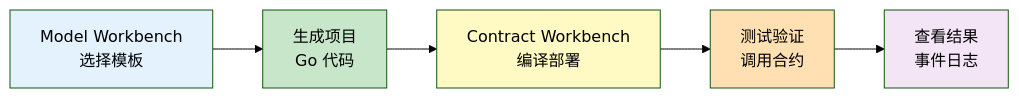
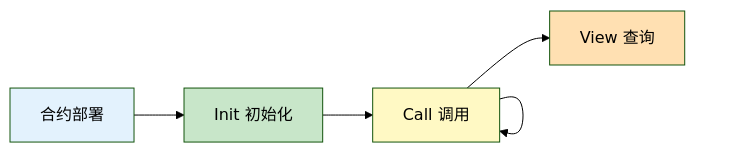
One commit to weisyn/contract-sdk-go changed the first of 2 diagrams in docs/DEVELOPER_GUIDE.md. Above: the diagram before and after it, drawn with Mermaid (forest theme). The commit also changed other lines of this file and 14 other files, not shown here.

````diff
--- a/docs/DEVELOPER_GUIDE.md
+++ b/docs/DEVELOPER_GUIDE.md
@@ -219,13 +85,12 @@
 ```mermaid
 graph LR
-    A[Model Workbench<br/>选择模板] --> B[生成项目<br/>Go 代码]
-    B --> C[Contract Workbench<br/>编译部署]
-    C --> D[测试验证<br/>调用合约]
-    D --> E[查看结果<br/>事件日志]
+    A[合约部署] --> B[Init 初始化]
+    B --> C[Call 调用]
+    C --> D[View 查询]
+    C --> C
     
     style A fill:#E3F2FD
     style B fill:#C8E6C9
     style C fill:#FFF9C4
     style D fill:#FFE0B2
-    style E fill:#F3E5F5
 ```
````
